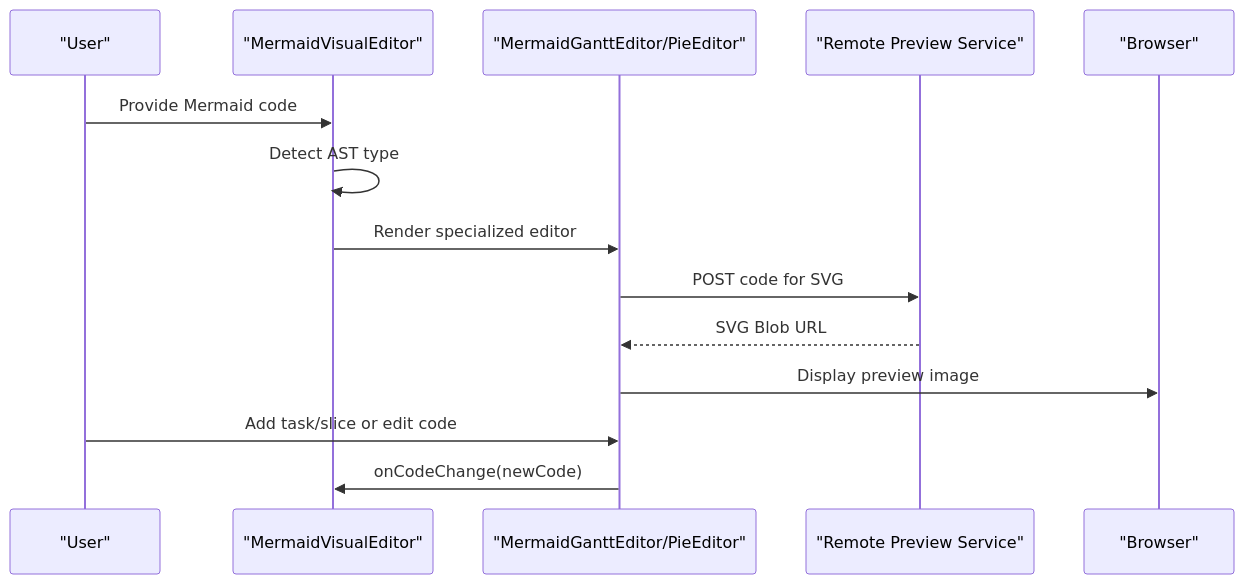
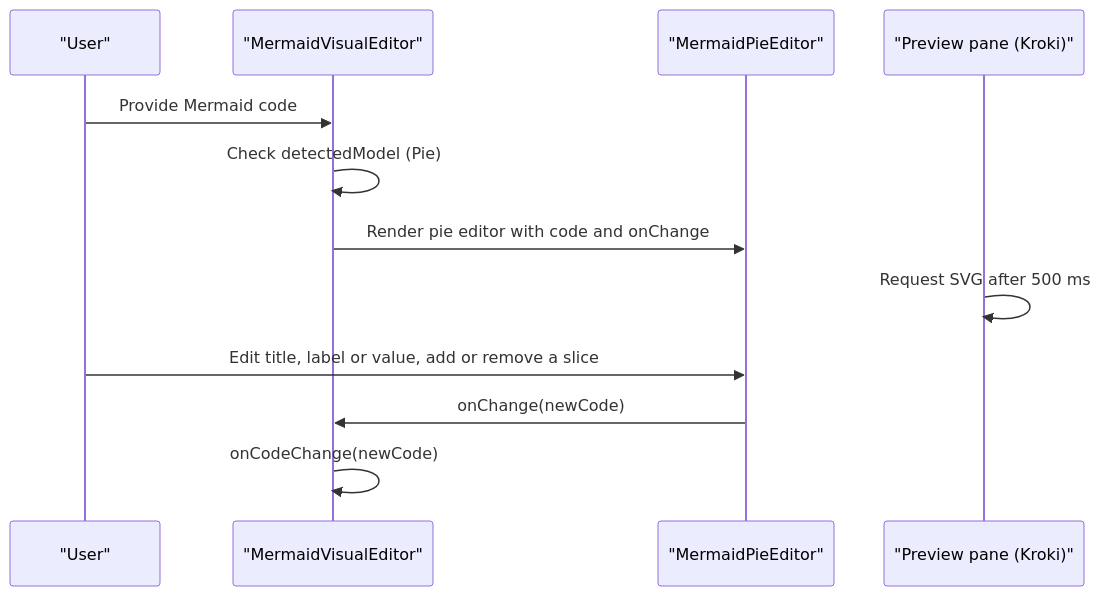
One commit to ongchonghian/universal-diagram-editor changed the second of 4 diagrams in .qoder/repowiki/en/content/Diagram Types and Formats/Mermaid Diagrams/Gantt Charts and Pie Charts.md. Above: the diagram before and after it, drawn with Mermaid. The commit also changed other lines of this file and 31 other files, not shown here.

````diff
--- a/.qoder/repowiki/en/content/Diagram Types and Formats/Mermaid Diagrams/Gantt Charts and Pie Charts.md
+++ b/.qoder/repowiki/en/content/Diagram Types and Formats/Mermaid Diagrams/Gantt Charts and Pie Charts.md
@@ -82,16 +79,14 @@
 ```mermaid
 sequenceDiagram
 participant User as "User"
 participant Router as "MermaidVisualEditor"
-participant Editor as "MermaidGanttEditor/PieEditor"
-participant Preview as "Remote Preview Service"
-participant DOM as "Browser"
-User->>Router : Provide Mermaid code
-Router->>Router : Detect AST type
-Router->>Editor : Render specialized editor
-Editor->>Preview : POST code for SVG
-Preview-->>Editor : SVG Blob URL
-Editor->>DOM : Display preview image
-User->>Editor : Add task/slice or edit code
-Editor->>Router : onCodeChange(newCode)
+participant Editor as "MermaidPieEditor"
+participant Preview as "Preview pane (Kroki)"
+User->>Router: Provide Mermaid code
+Router->>Router: Check detectedModel (Pie)
+Router->>Editor: Render pie editor with code and onChange
+Preview->>Preview: Request SVG after 500 ms
+User->>Editor: Edit title, label or value, add or remove a slice
+Editor->>Router: onChange(newCode)
+Router->>Router: onCodeChange(newCode)
 ```
````
